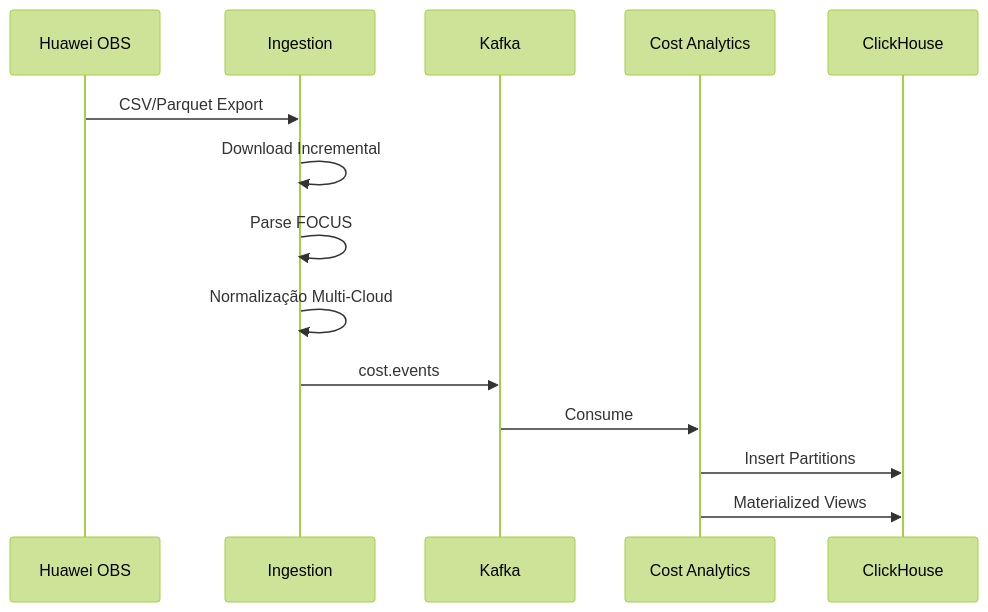
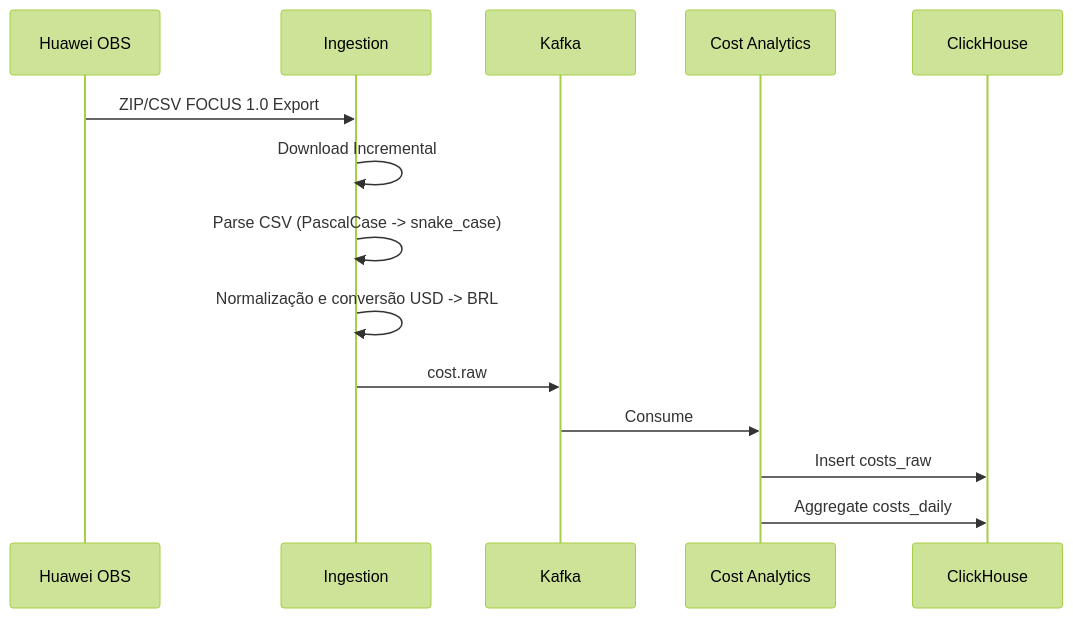
One commit to vlds-git/finops-platform changed the second of 6 diagrams in docs/ARCHITECTURE.md. Above: the diagram before and after it, drawn with Mermaid (forest theme). The commit also changed other lines of this file and 9 other files, not shown here.

Commit message:
docs: cria ROADMAP.md e atualiza arquitetura, admin, deploy, UI, manifest, security e troubleshooting para versão atual

````diff
--- a/docs/ARCHITECTURE.md
+++ b/docs/ARCHITECTURE.md
@@ -72,17 +66,17 @@
 ```mermaid
 sequenceDiagram
     participant OBS as Huawei OBS
     participant ING as Ingestion
     participant KF as Kafka
     participant CA as Cost Analytics
     participant CH as ClickHouse
 
-    OBS->>ING: CSV/Parquet Export
+    OBS->>ING: ZIP/CSV FOCUS 1.0 Export
     ING->>ING: Download Incremental
-    ING->>ING: Parse FOCUS
-    ING->>ING: Normalização Multi-Cloud
-    ING->>KF: cost.events
+    ING->>ING: Parse CSV (PascalCase -> snake_case)
+    ING->>ING: Normalização e conversão USD -> BRL
+    ING->>KF: cost.raw
     KF->>CA: Consume
-    CA->>CH: Insert Partitions
-    CA->>CH: Materialized Views
+    CA->>CH: Insert costs_raw
+    CA->>CH: Aggregate costs_daily
 ```
````
